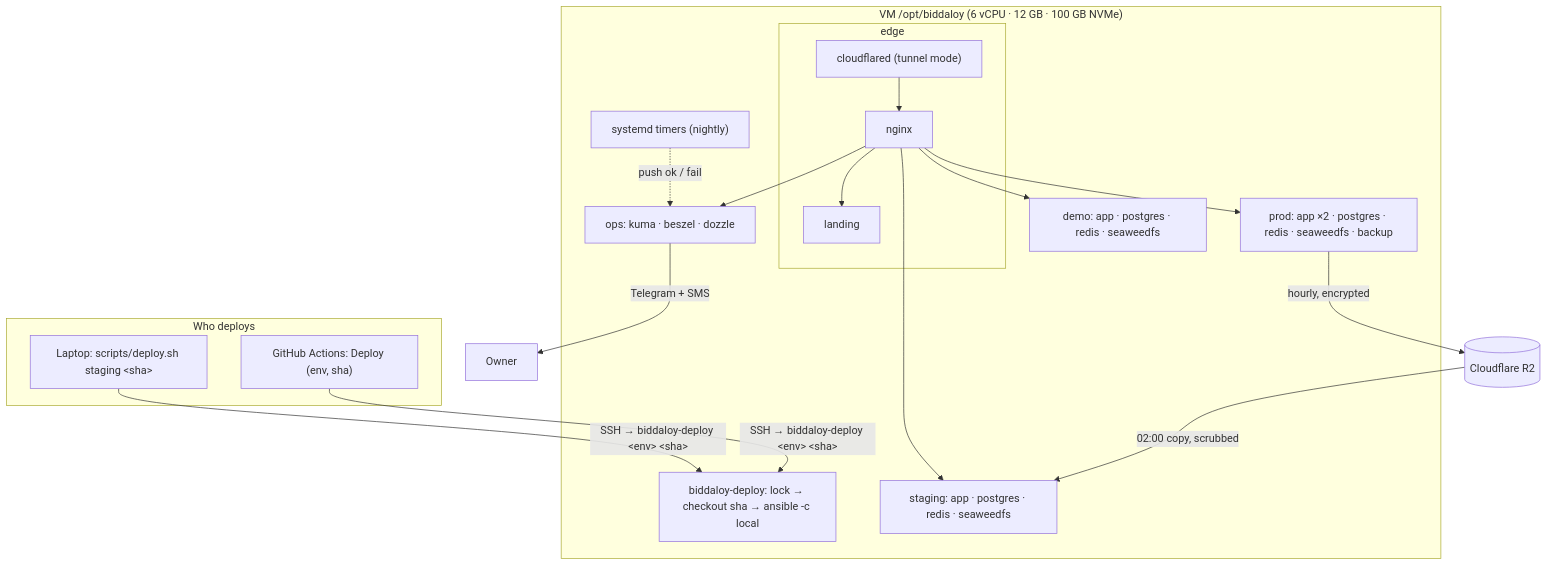
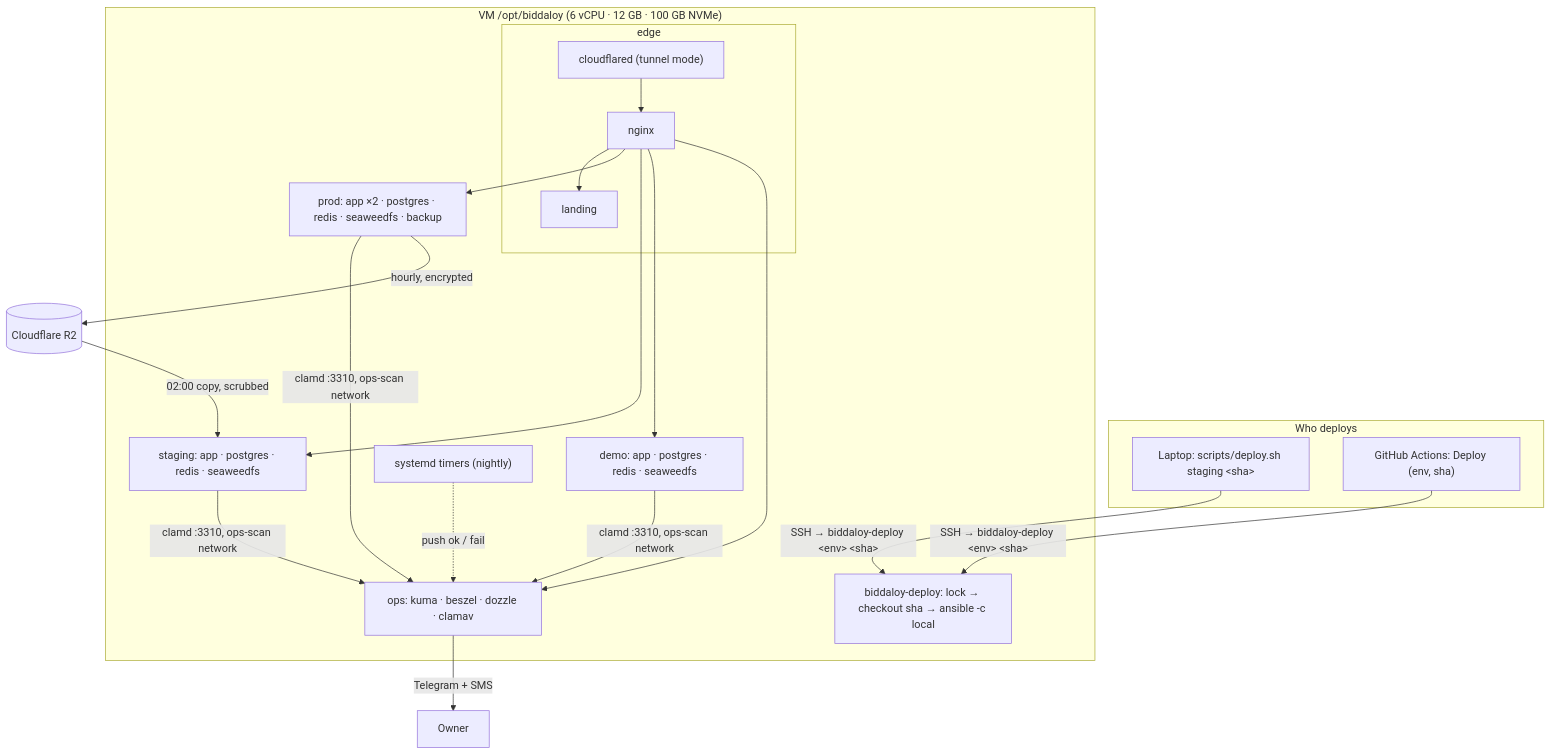
One commit to tareq89/biddaloy changed the first of 6 diagrams in docs/architecture/30-deployment-target.md. Above: the diagram before and after it, drawn with Mermaid. The commit also changed other lines of this file and 7 other files, not shown here.

````diff
--- a/docs/architecture/30-deployment-target.md
+++ b/docs/architecture/30-deployment-target.md
@@ -21,24 +21,25 @@
 ```mermaid
 flowchart TB
   subgraph who ["Who deploys"]
     L["Laptop: scripts/deploy.sh staging &lt;sha&gt;"]
     G["GitHub Actions: Deploy (env, sha)"]
   end
   L & G -->|"SSH → biddaloy-deploy &lt;env&gt; &lt;sha&gt;"| DEP
   subgraph VM ["VM /opt/biddaloy (6 vCPU · 12 GB · 100 GB NVMe)"]
     DEP["biddaloy-deploy: lock → checkout sha → ansible -c local"]
     subgraph edge ["edge"]
       CF["cloudflared (tunnel mode)"] --> NX["nginx"]
       NX --> LD["landing"]
     end
     NX --> P["prod: app ×2 · postgres · redis · seaweedfs · backup"]
     NX --> S["staging: app · postgres · redis · seaweedfs"]
     NX --> D["demo: app · postgres · redis · seaweedfs"]
-    NX --> O["ops: kuma · beszel · dozzle"]
+    NX --> O["ops: kuma · beszel · dozzle · clamav"]
+    P & S & D -->|"clamd :3310, ops-scan network"| O
     T["systemd timers (nightly)"]
   end
   P -->|"hourly, encrypted"| R2[("Cloudflare R2")]
   R2 -->|"02:00 copy, scrubbed"| S
   T -.->|"push ok / fail"| O
   O -->|"Telegram + SMS"| Owner["Owner"]
 ```
````
